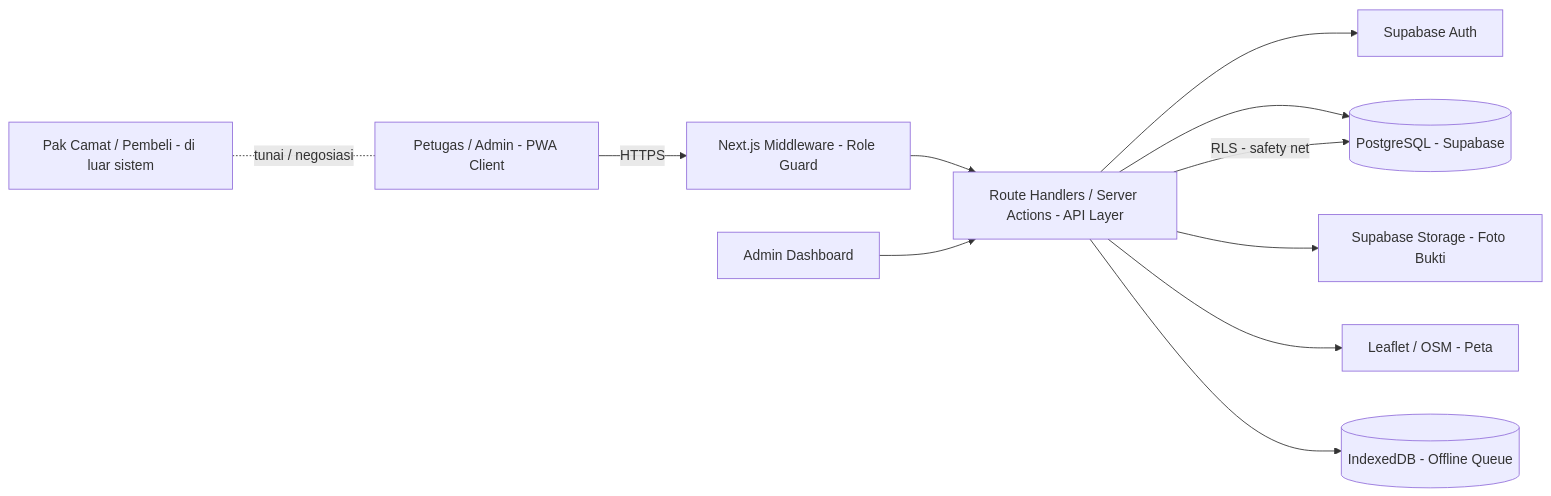
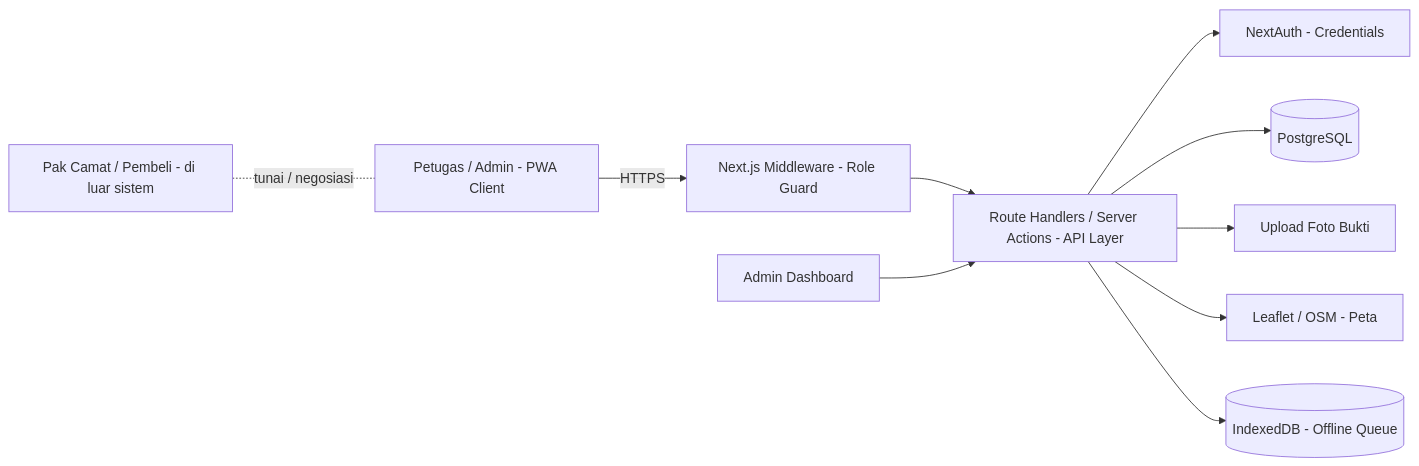
One commit to PESer-Bacukiki-Barat/PESer changed the third of 6 diagrams in PRD.md. Above: the diagram before and after it, drawn with Mermaid. The commit also changed other lines of this file and 26 other files, not shown here.

Commit message:
fix: use next auth

````diff
--- a/PRD.md
+++ b/PRD.md
@@ -459,13 +459,12 @@
 ```mermaid
 flowchart LR
     U[Petugas / Admin - PWA Client] -->|HTTPS| MW[Next.js Middleware - Role Guard]
     MW --> API[Route Handlers / Server Actions - API Layer]
-    API --> AUTH[Supabase Auth]
-    API --> DB[(PostgreSQL - Supabase)]
-    API --> STORE[Supabase Storage - Foto Bukti]
-    API -->|RLS - safety net| DB
+    API --> AUTH[NextAuth - Credentials]
+    API --> DB[(PostgreSQL)]
+    API --> STORE[Upload Foto Bukti]
     API --> MAP[Leaflet / OSM - Peta]
     API --> IDB[(IndexedDB - Offline Queue)]
     ADM[Admin Dashboard] --> API
     THIRD[Pak Camat / Pembeli - di luar sistem] -. tunai / negosiasi .- U
 ```
````
